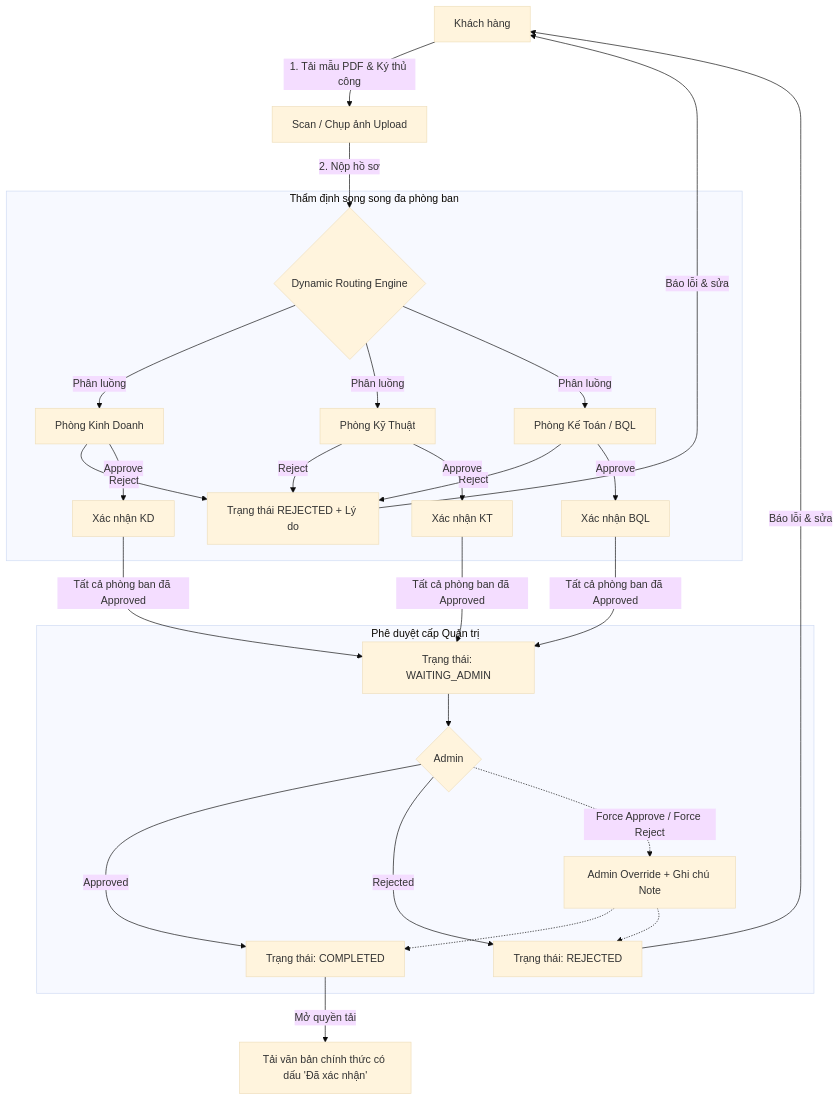
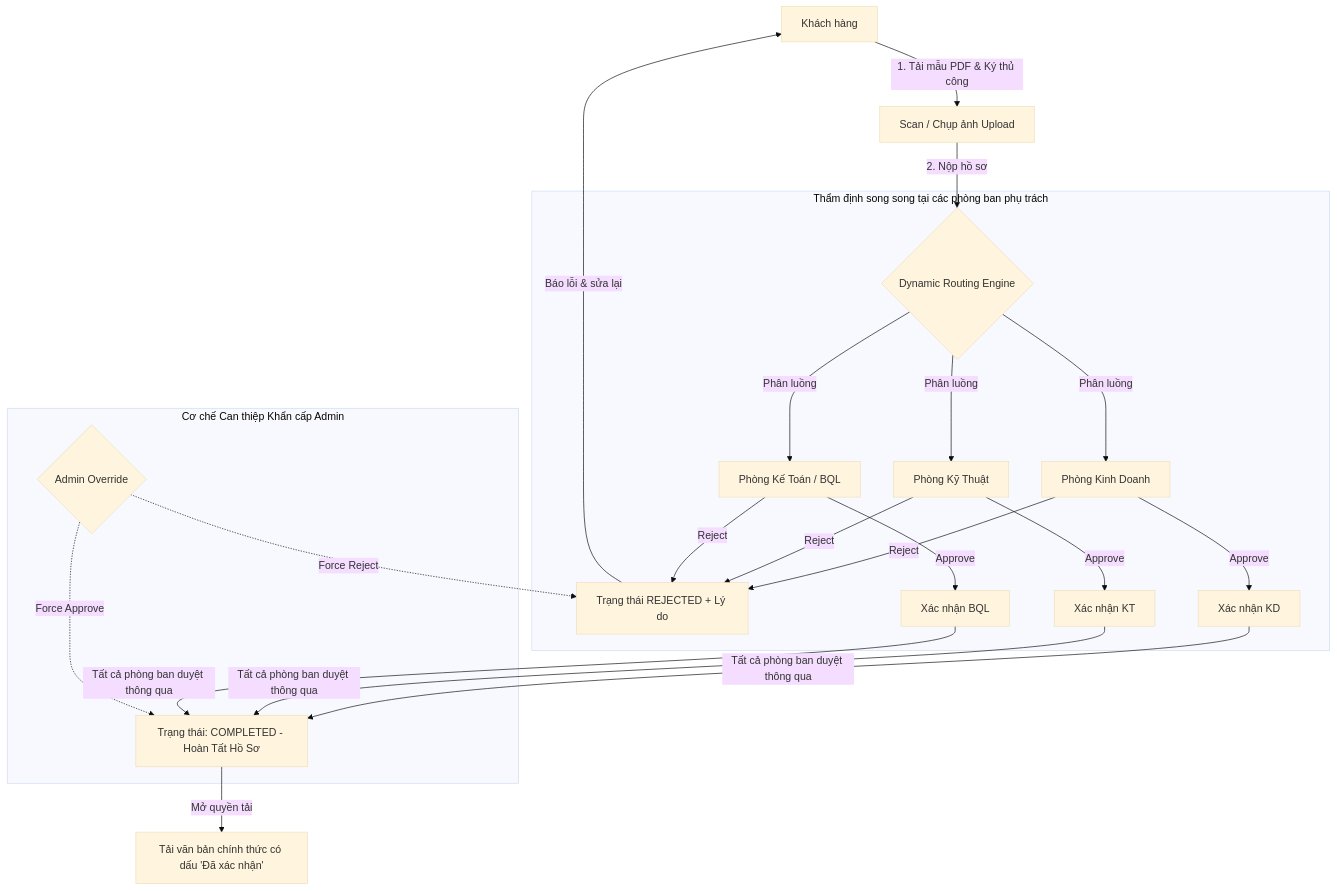
The diagram in picosaigon.md (nnatuan/picoplaza), drawn with Mermaid (base theme) before and after one commit. The commit also changed other lines of this file and 59 other files, not shown here.

````diff
--- a/picosaigon.md
+++ b/picosaigon.md
@@ -11,35 +11,30 @@
 ```mermaid
 flowchart TD
     A[Khách hàng] -->|1. Tải mẫu PDF & Ký thủ công| B[Scan / Chụp ảnh Upload]
     B -->|2. Nộp hồ sơ| C{Dynamic Routing Engine}
     
-    subgraph ParallelReview [Thẩm định song song đa phòng ban]
+    subgraph ParallelReview [Thẩm định song song tại các phòng ban phụ trách]
         C -->|Phân luồng| D1[Phòng Kinh Doanh]
         C -->|Phân luồng| D2[Phòng Kỹ Thuật]
         C -->|Phân luồng| D3[Phòng Kế Toán / BQL]
         
         D1 -->|Reject| RJ[Trạng thái REJECTED + Lý do]
         D2 -->|Reject| RJ
         D3 -->|Reject| RJ
         
         D1 -->|Approve| AP1[Xác nhận KD]
         D2 -->|Approve| AP2[Xác nhận KT]
         D3 -->|Approve| AP3[Xác nhận BQL]
     end
     
-    AP1 & AP2 & AP3 -->|Tất cả phòng ban đã Approved| WA[Trạng thái: WAITING_ADMIN]
+    AP1 & AP2 & AP3 -->|Tất cả phòng ban duyệt thông qua| CP[Trạng thái: COMPLETED - Hoàn Tất Hồ Sơ]
     
-    subgraph AdminReview [Phê duyệt cấp Quản trị]
-        WA --> SA{Admin}
-        SA -->|Approved| CP[Trạng thái: COMPLETED]
-        SA -->|Rejected| RJ2[Trạng thái: REJECTED]
-        
-        SA -.->|Force Approve / Force Reject| FO[Admin Override + Ghi chú Note]
-        FO -.-> CP
-        FO -.-> RJ2
+    subgraph EmergencyOverride [Cơ chế Can thiệp Khẩn cấp Admin]
+        AO{Admin Override}
+        AO -.->|Force Approve| CP
+        AO -.->|Force Reject| RJ
     end
     
     CP -->|Mở quyền tải| OUT[Tải văn bản chính thức có dấu 'Đã xác nhận']
-    RJ -->|Báo lỗi & sửa| A
-    RJ2 -->|Báo lỗi & sửa| A
+    RJ -->|Báo lỗi & sửa lại| A
 ```
````
